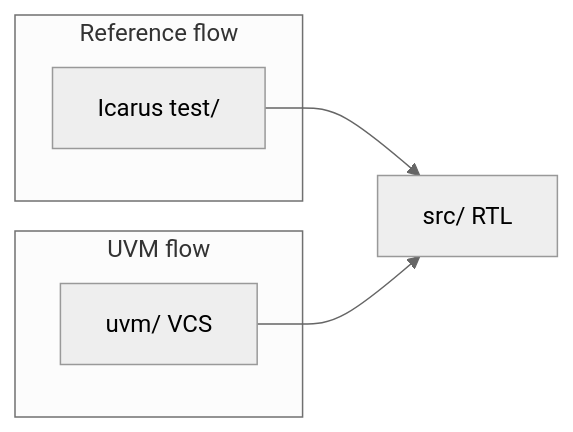
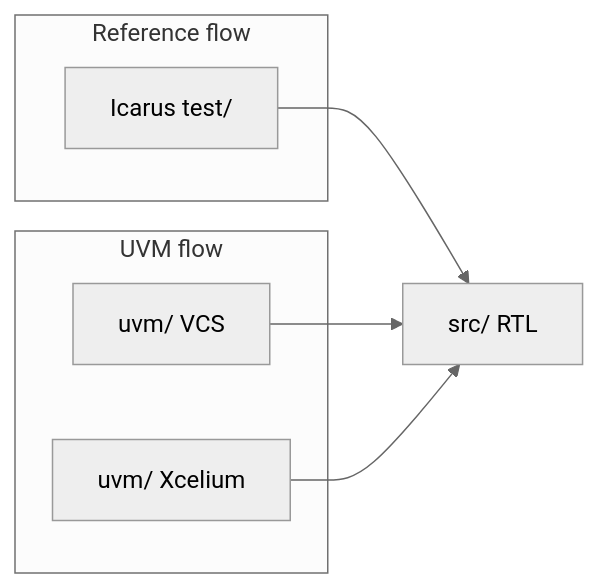
One commit to markrthomas/IP-axi-to-2apbs changed the first of 2 diagrams in uvm/README.md. Above: the diagram before and after it, drawn with Mermaid (neutral theme). The commit also changed other lines of this file and 10 other files, not shown here.

First line of the commit message:
dv: add Cadence Xcelium UVM build harness and update docs

````diff
--- a/uvm/README.md
+++ b/uvm/README.md
@@ -18,12 +18,14 @@
 ```mermaid
 flowchart LR
   subgraph ref [Reference flow]
     IVER[Icarus test/]
   end
   subgraph uvm [UVM flow]
-    UVM[uvm/ VCS]
+    VCS[uvm/ VCS]
+    XCE[uvm/ Xcelium]
   end
   RTL[src/ RTL]
   IVER --> RTL
-  UVM --> RTL
+  VCS --> RTL
+  XCE --> RTL
 ```
````
